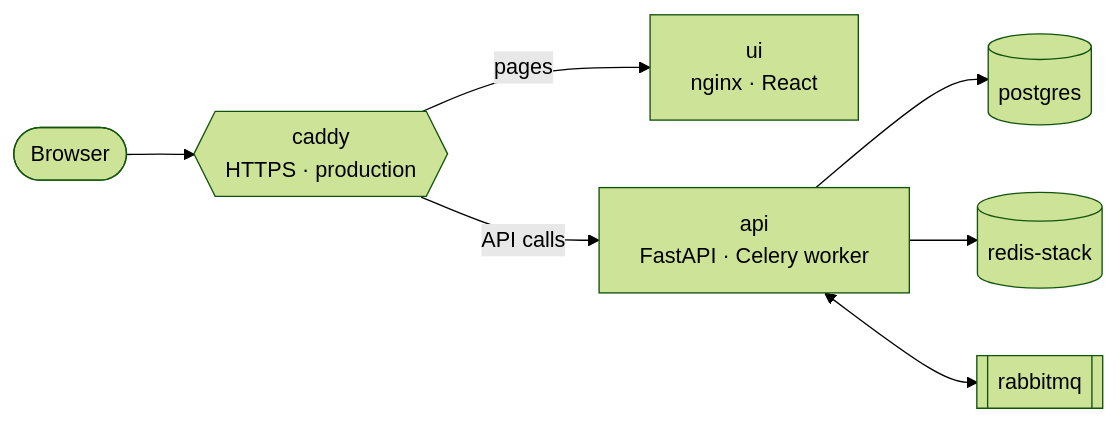
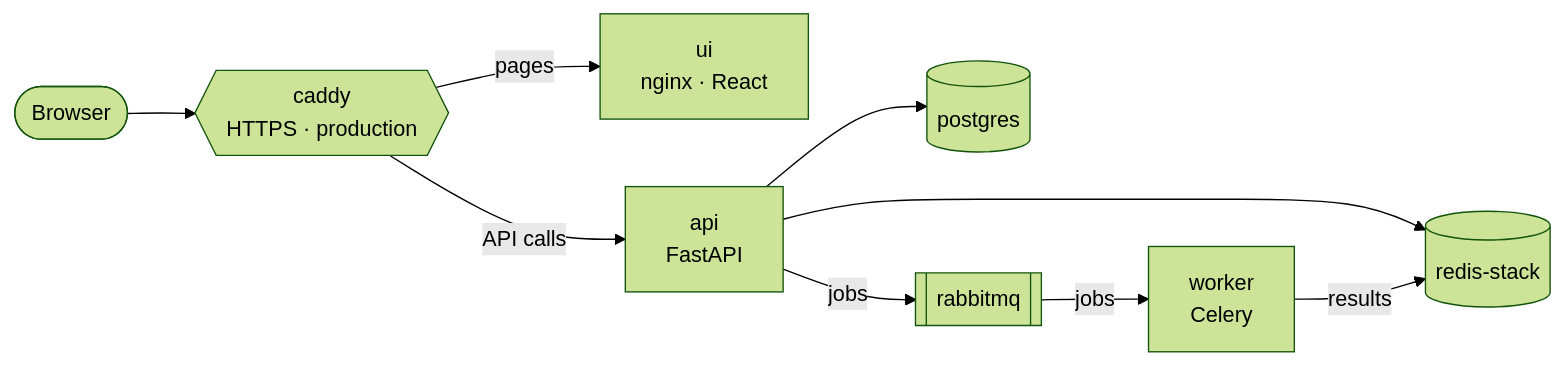
The diagram in README.md (armir-eng/deplocker), drawn with Mermaid (forest theme) before and after one commit. The commit also changed other lines of this file and 6 other files, not shown here.

First line of the commit message:
build: run the Celery worker as its own service

````diff
--- a/README.md
+++ b/README.md
@@ -41,17 +41,20 @@
 ```mermaid
 flowchart LR
     browser(["Browser"])
     caddy{{"caddy<br/>HTTPS · production"}}
     ui["ui<br/>nginx · React"]
-    api["api<br/>FastAPI · Celery worker"]
+    api["api<br/>FastAPI"]
+    worker["worker<br/>Celery"]
     postgres[("postgres")]
     redis[("redis-stack")]
     rabbitmq[["rabbitmq"]]
 
     browser --> caddy
     caddy -->|pages| ui
     caddy -->|API calls| api
     api --> postgres
     api --> redis
-    api <--> rabbitmq
+    api -->|jobs| rabbitmq
+    rabbitmq -->|jobs| worker
+    worker -->|results| redis
 ```
````
